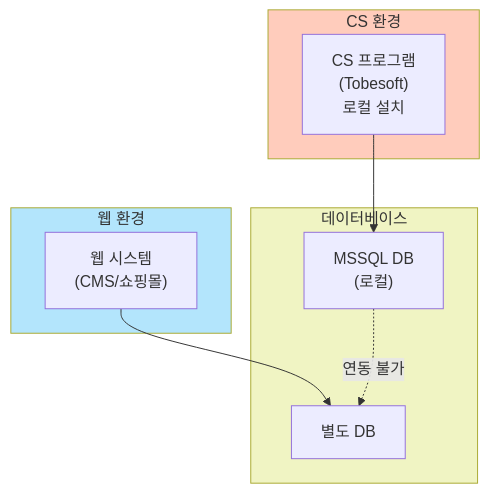
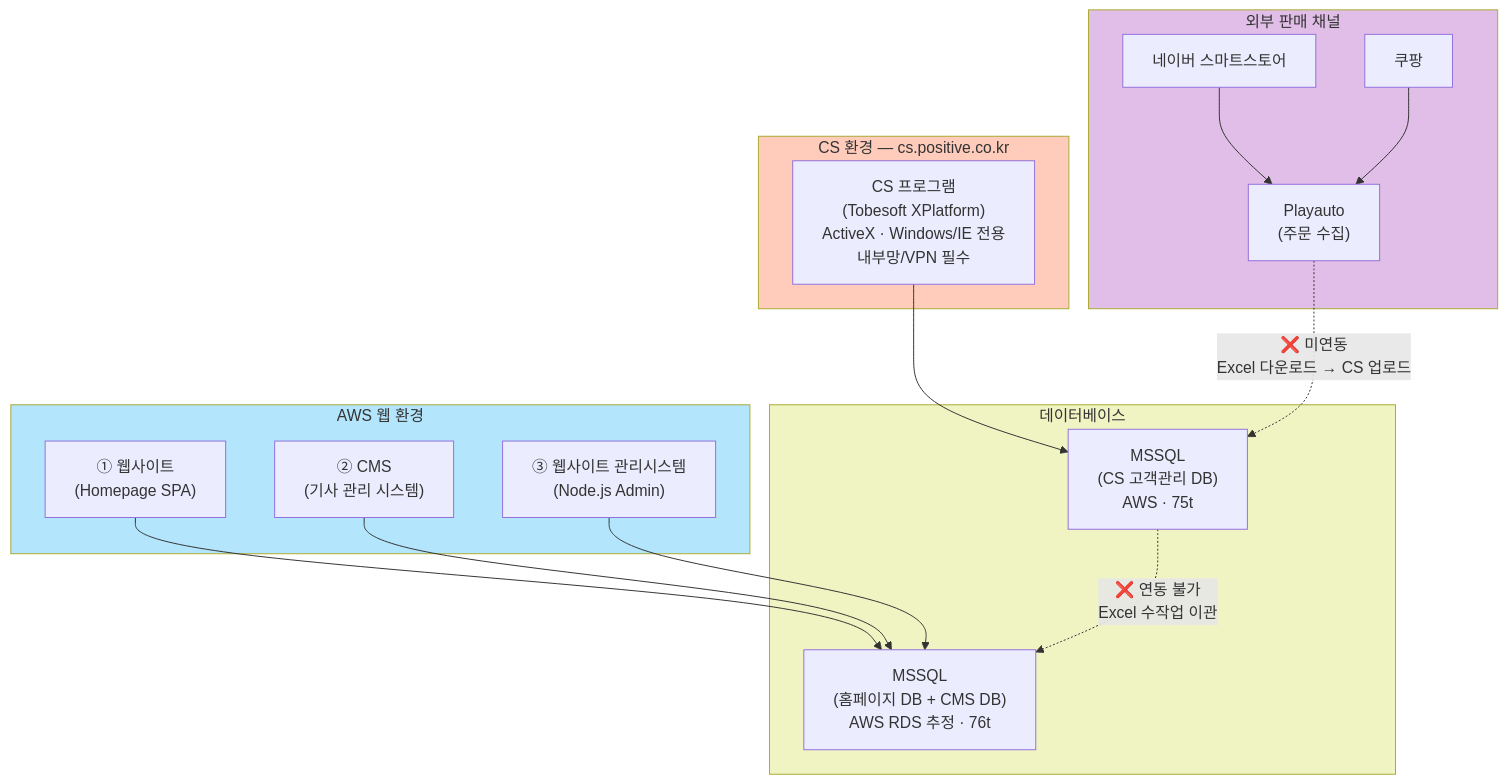
Before and after one commit to sknkwoxs/manual-book: the first of 4 diagrams in src/content/docs/goodthinking-isp/01-project-overview/as-is-to-be.md, drawn with Mermaid. The commit also changed other lines of this file, not shown here.

Commit message:
feat(goodthinking-isp): AS-IS 아키텍처 현황 전면 개편 — cs.positive.co.kr/ActiveX 구조, 웹 3개 분리, 외부몰 미연동 반영

````diff
--- a/src/content/docs/goodthinking-isp/01-project-overview/as-is-to-be.md
+++ b/src/content/docs/goodthinking-isp/01-project-overview/as-is-to-be.md
@@ -28,24 +53,39 @@
 ```mermaid
 graph TD
-    subgraph CS["CS 환경"]
-        A["CS 프로그램<br/>(Tobesoft)<br/>로컬 설치"]
+    subgraph CS["CS 환경 — cs.positive.co.kr"]
+        A["CS 프로그램<br/>(Tobesoft XPlatform)<br/>ActiveX · Windows/IE 전용<br/>내부망/VPN 필수"]
     end
-    
-    subgraph WEB["웹 환경"]
-        B["웹 시스템<br/>(CMS/쇼핑몰)"]
+
+    subgraph AWS["AWS 웹 환경"]
+        B1["① 웹사이트<br/>(Homepage SPA)"]
+        B2["② CMS<br/>(기사 관리 시스템)"]
+        B3["③ 웹사이트 관리시스템<br/>(Node.js Admin)"]
     end
-    
+
+    subgraph EXT["외부 판매 채널"]
+        E1["네이버 스마트스토어"]
+        E2["쿠팡"]
+        E3["Playauto<br/>(주문 수집)"]
+    end
+
     subgraph DB["데이터베이스"]
-        C["MSSQL DB<br/>(로컬)"]
-        D["별도 DB"]
+        C["MSSQL<br/>(CS 고객관리 DB)<br/>AWS · 75t"]
+        D["MSSQL<br/>(홈페이지 DB + CMS DB)<br/>AWS RDS 추정 · 76t"]
     end
-    
+
     A --> C
-    B --> D
-    
-    C -.->|연동 불가| D
-    
+    B1 --> D
+    B2 --> D
+    B3 --> D
+
+    E1 --> E3
+    E2 --> E3
+
+    C -.->|"❌ 연동 불가<br/>Excel 수작업 이관"| D
+    E3 -.->|"❌ 미연동<br/>Excel 다운로드 → CS 업로드"| C
+
     style CS fill:#ffccbc
-    style WEB fill:#b3e5fc
+    style AWS fill:#b3e5fc
+    style EXT fill:#e1bee7
     style DB fill:#f0f4c3
 ```
````
